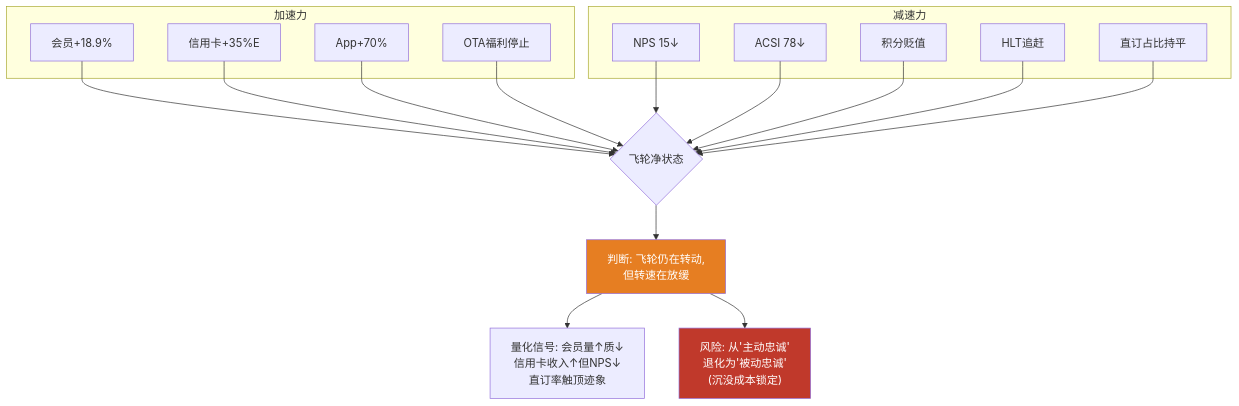
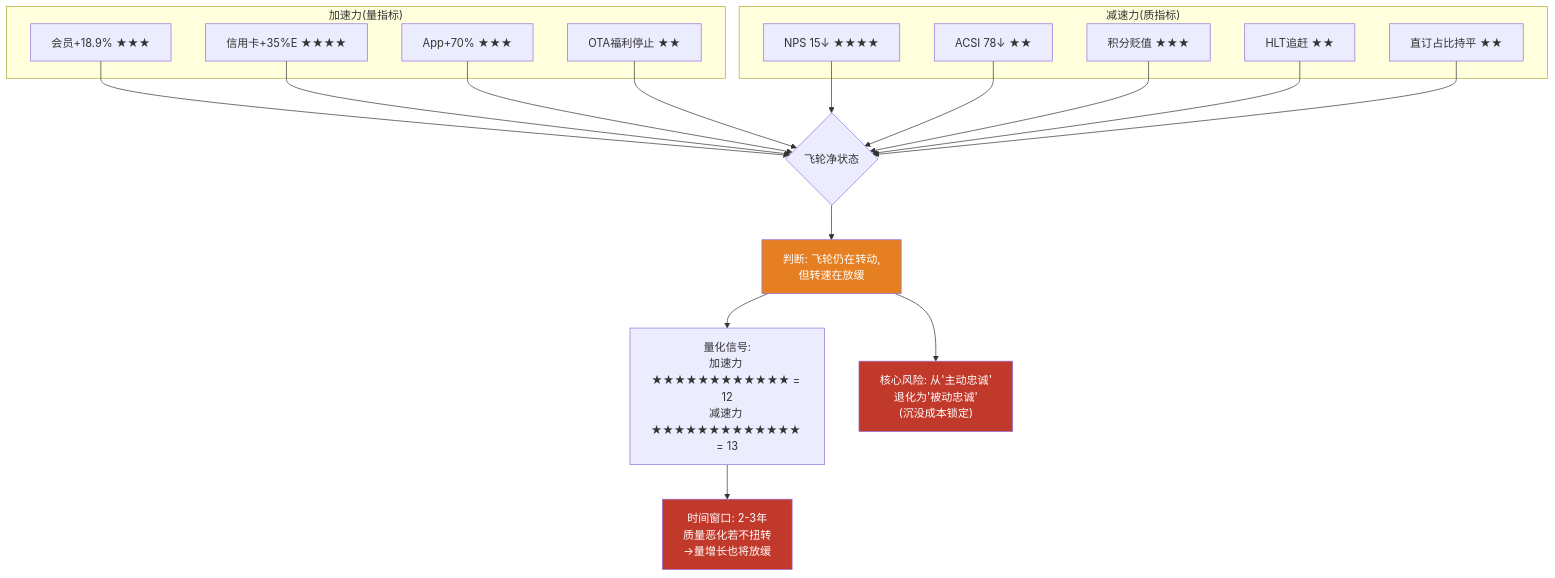
One commit to miltonnewyork25-afk/investment-master changed the seventh of 7 diagrams in staging/MAR_P1/MAR_P1_AgentC.md. Above: the diagram before and after it, drawn with Mermaid. The commit also changed other lines of this file and 16 other files, not shown here.

````diff
--- a/staging/MAR_P1/MAR_P1_AgentC.md
+++ b/staging/MAR_P1/MAR_P1_AgentC.md
@@ -540,31 +727,33 @@
 ```mermaid
 flowchart TB
-    subgraph 加速力
-        A1["会员+18.9%"]
-        A2["信用卡+35%E"]
-        A3["App+70%"]
-        A4["OTA福利停止"]
+    subgraph 加速力 ["加速力(量指标)"]
+        A1["会员+18.9% ★★★"]
+        A2["信用卡+35%E ★★★★"]
+        A3["App+70% ★★★"]
+        A4["OTA福利停止 ★★"]
     end
-    subgraph 减速力
-        B1["NPS 15↓"]
-        B2["ACSI 78↓"]
-        B3["积分贬值"]
-        B4["HLT追赶"]
-        B5["直订占比持平"]
+    subgraph 减速力 ["减速力(质指标)"]
+        B1["NPS 15↓ ★★★★"]
+        B2["ACSI 78↓ ★★"]
+        B3["积分贬值 ★★★"]
+        B4["HLT追赶 ★★"]
+        B5["直订占比持平 ★★"]
     end
     A1 --> C{飞轮净状态}
     A2 --> C
     A3 --> C
     A4 --> C
     B1 --> C
     B2 --> C
     B3 --> C
     B4 --> C
     B5 --> C
     C --> D["判断: 飞轮仍在转动,<br/>但转速在放缓"]
-    D --> E["量化信号: 会员量↑质↓<br/>信用卡收入↑但NPS↓<br/>直订率触顶迹象"]
-    D --> F["风险: 从'主动忠诚'<br/>退化为'被动忠诚'<br/>(沉没成本锁定)"]
+    D --> E["量化信号:<br/>加速力 ★★★★★★★★★★★★ = 12<br/>减速力 ★★★★★★★★★★★★★ = 13"]
+    D --> F["核心风险: 从'主动忠诚'<br/>退化为'被动忠诚'<br/>(沉没成本锁定)"]
+    E --> G["时间窗口: 2-3年<br/>质量恶化若不扭转<br/>→量增长也将放缓"]
 
     style D fill:#e67e22,color:#fff
     style F fill:#c0392b,color:#fff
+    style G fill:#c0392b,color:#fff
 ```
````
